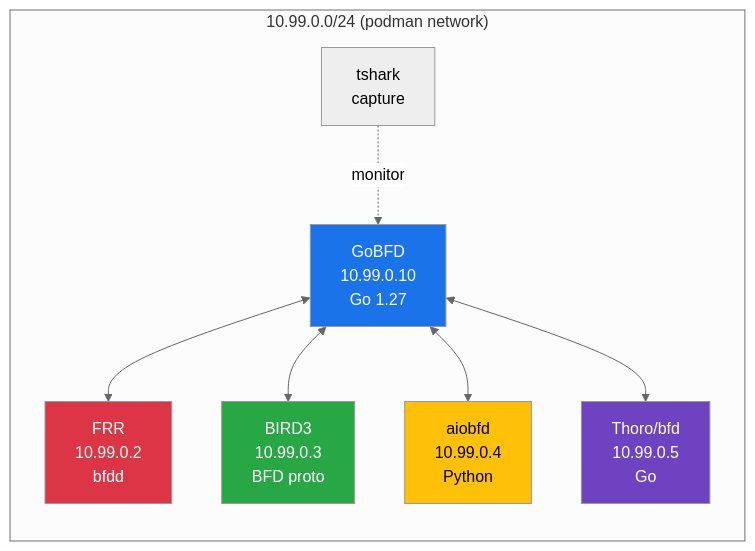
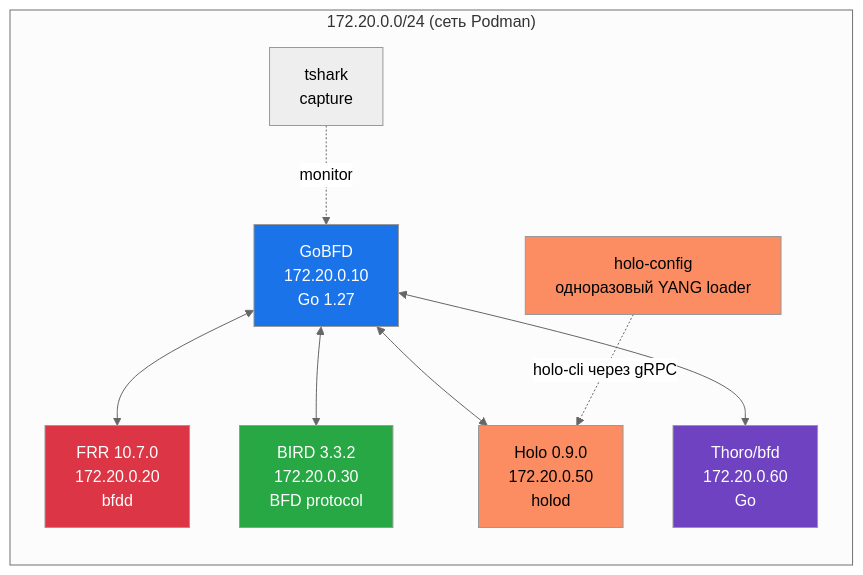
Before and after one commit to dantte-lp/gobfd: the first of 5 diagrams in docs/ru/05-interop.md, drawn with Mermaid (neutral theme). The commit also changed other lines of this file and 20 other files, not shown here.

````diff
--- a/docs/ru/05-interop.md
+++ b/docs/ru/05-interop.md
@@ -30,23 +34,26 @@
 ```mermaid
 graph LR
-    subgraph "10.99.0.0/24 (podman network)"
-        GOBFD["GoBFD<br/>10.99.0.10<br/>Go 1.27"]
-        FRR["FRR<br/>10.99.0.2<br/>bfdd"]
-        BIRD["BIRD3<br/>10.99.0.3<br/>BFD proto"]
-        AIOBFD["aiobfd<br/>10.99.0.4<br/>Python"]
-        THORO["Thoro/bfd<br/>10.99.0.5<br/>Go"]
+    subgraph "172.20.0.0/24 (сеть Podman)"
+        GOBFD["GoBFD<br/>172.20.0.10<br/>Go 1.27"]
+        FRR["FRR 10.7.0<br/>172.20.0.20<br/>bfdd"]
+        BIRD["BIRD 3.3.2<br/>172.20.0.30<br/>BFD protocol"]
+        HOLO["Holo 0.9.0<br/>172.20.0.50<br/>holod"]
+        LOADER["holo-config<br/>одноразовый YANG loader"]
+        THORO["Thoro/bfd<br/>172.20.0.60<br/>Go"]
         TSHARK["tshark<br/>capture"]
     end
 
     GOBFD <--> FRR
     GOBFD <--> BIRD
-    GOBFD <--> AIOBFD
+    GOBFD <--> HOLO
     GOBFD <--> THORO
+    LOADER -.->|holo-cli через gRPC| HOLO
     TSHARK -.->|monitor| GOBFD
 
     style GOBFD fill:#1a73e8,color:#fff
     style FRR fill:#dc3545,color:#fff
     style BIRD fill:#28a745,color:#fff
-    style AIOBFD fill:#ffc107,color:#000
+    style HOLO fill:#fc8d62,color:#000
+    style LOADER fill:#fc8d62,color:#000
     style THORO fill:#6f42c1,color:#fff
 ```
````
